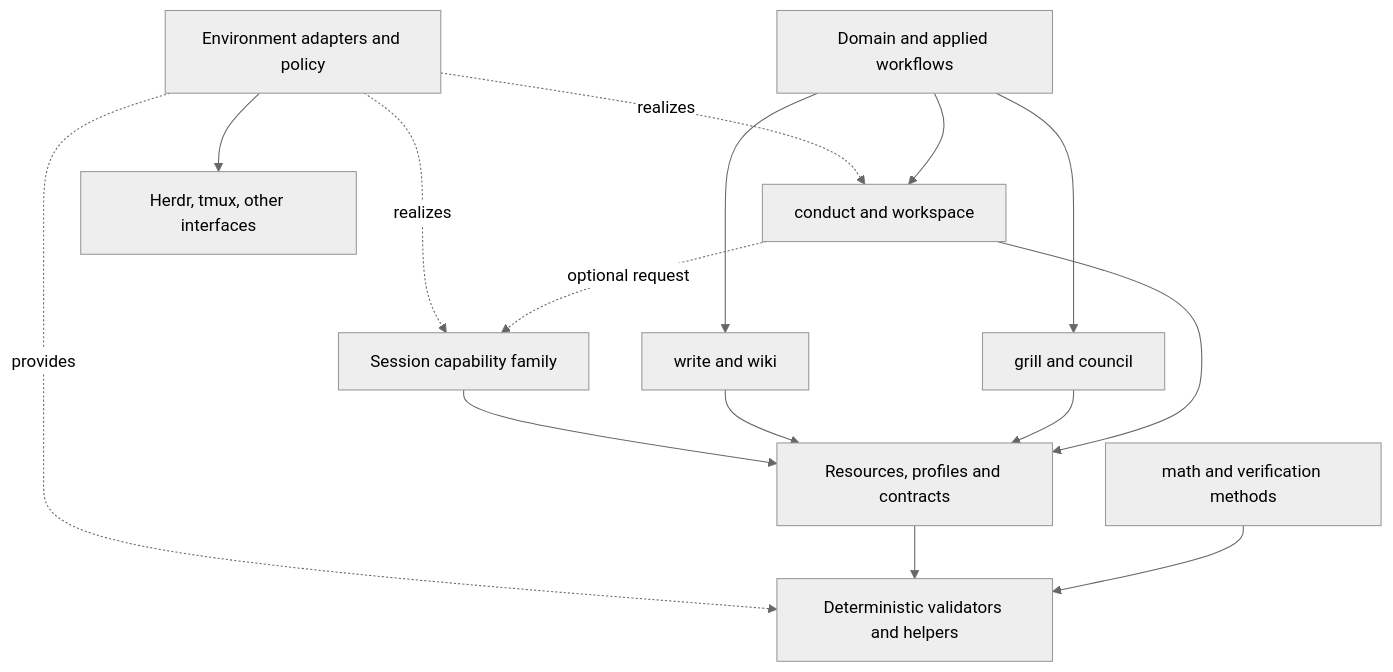
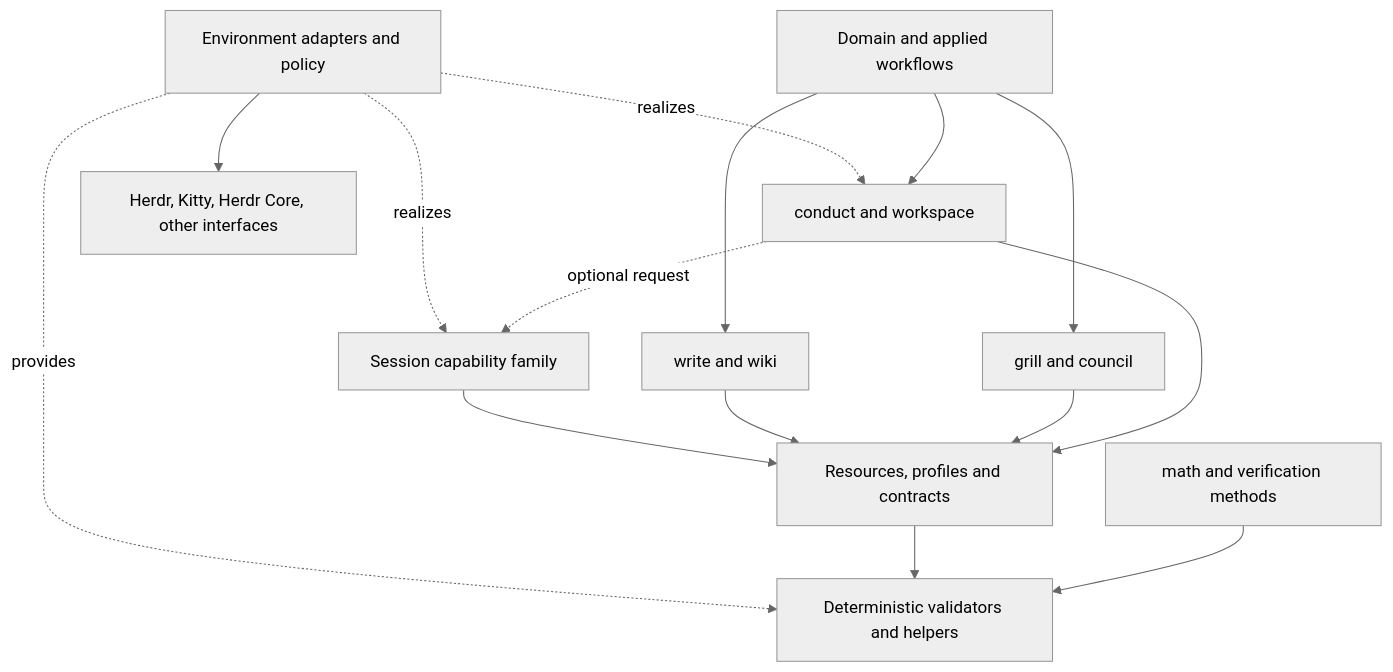
One commit to luckgrid/agents changed the first of 2 diagrams in wiki/architecture/skill-capability-evolution.md. Above: the diagram before and after it, drawn with Mermaid (neutral theme). The commit also changed other lines of this file and 4 other files, not shown here.

Commit message:
docs(agents): prefer Kitty and Herdr Core session capability references

````diff
--- a/wiki/architecture/skill-capability-evolution.md
+++ b/wiki/architecture/skill-capability-evolution.md
@@ -18,27 +18,27 @@
 ```mermaid
 flowchart TD
     D[Domain and applied workflows]
     C[conduct and workspace]
     R[grill and council]
     K[write and wiki]
     S[Session capability family]
     F[math and verification methods]
     A[Resources, profiles and contracts]
     T[Deterministic validators and helpers]
     E[Environment adapters and policy]
-    B[Herdr, tmux, other interfaces]
+    B[Herdr, Kitty, Herdr Core, other interfaces]
     D --> C
     D --> R
     D --> K
     C -. optional request .-> S
     C --> A
     R --> A
     K --> A
     S --> A
     F --> T
     A --> T
     E -. realizes .-> S
     E -. realizes .-> C
     E -. provides .-> T
     E --> B
 ```
````
